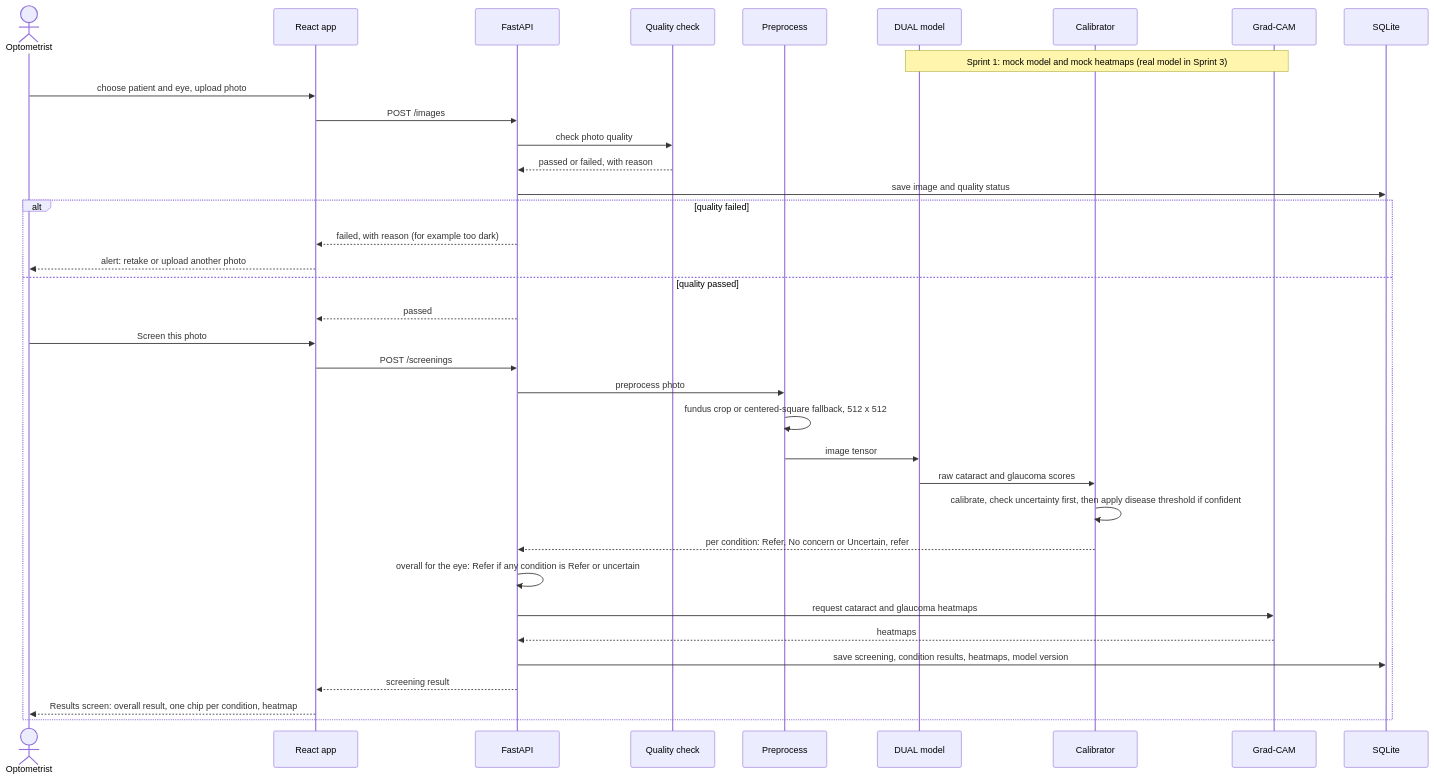
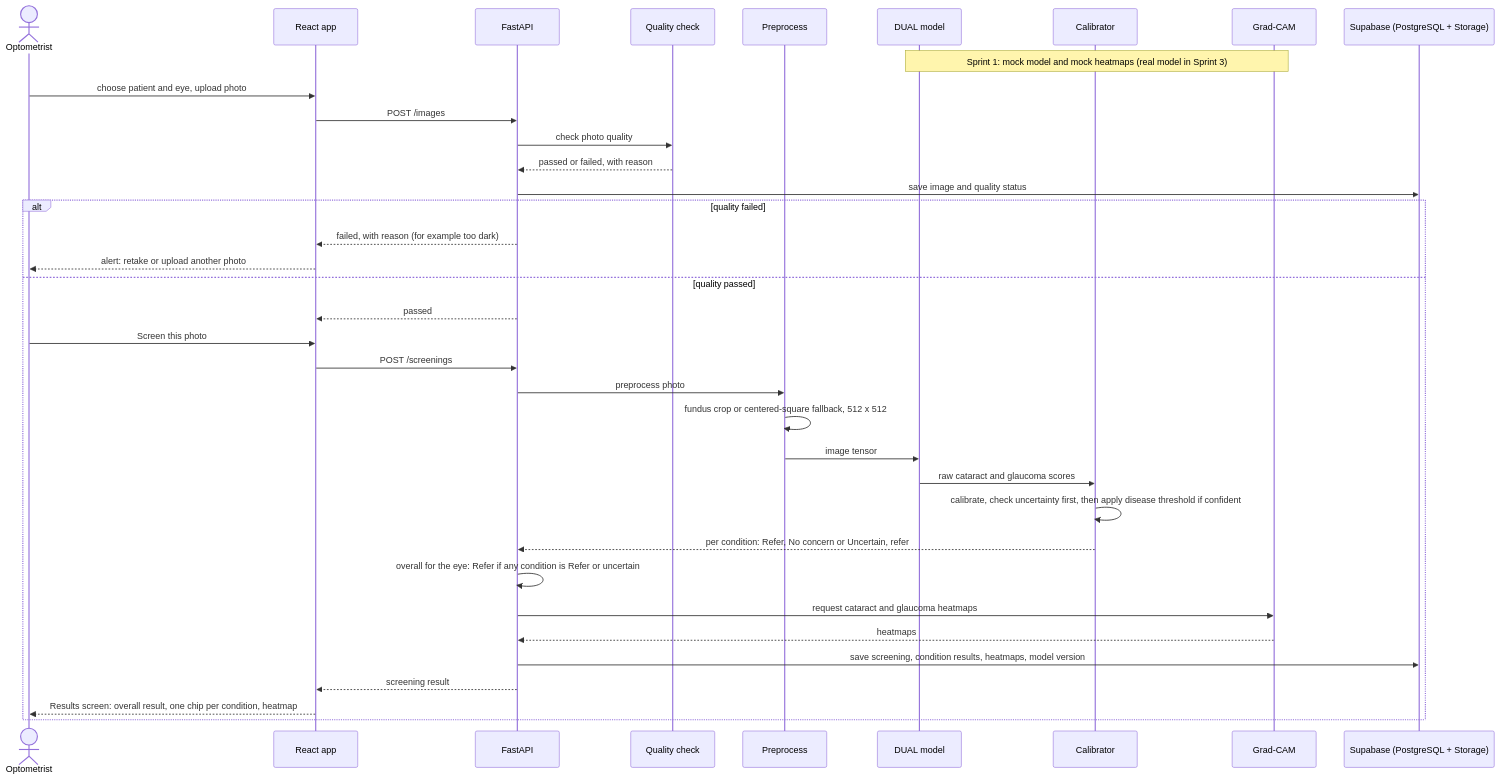
The diagram in documents/architecture_diagrams/Sequence_Diagram.mmd (bhoamikhona/F2026-Team1), drawn with Mermaid before and after one commit. The commit also changed 3 other files, not shown here.

Commit message:
Update architecture and sequence diagrams: Supabase, Vercel and Render

```diff
--- a/documents/architecture_diagrams/Sequence_Diagram.mmd
+++ b/documents/architecture_diagrams/Sequence_Diagram.mmd
@@ -1,36 +1,36 @@
 sequenceDiagram
   actor U as Optometrist
   participant App as React app
   participant API as FastAPI
   participant Q as Quality check
   participant P as Preprocess
   participant M as DUAL model
   participant C as Calibrator
   participant G as Grad-CAM
-  participant DB as SQLite
+  participant DB as Supabase (PostgreSQL + Storage)
   Note over M,G: Sprint 1: mock model and mock heatmaps (real model in Sprint 3)
   U->>App: choose patient and eye, upload photo
   App->>API: POST /images
   API->>Q: check photo quality
   Q-->>API: passed or failed, with reason
   API->>DB: save image and quality status
   alt quality failed
     API-->>App: failed, with reason (for example too dark)
     App-->>U: alert: retake or upload another photo
   else quality passed
     API-->>App: passed
     U->>App: Screen this photo
     App->>API: POST /screenings
     API->>P: preprocess photo
     P->>P: fundus crop or centered-square fallback, 512 x 512
     P->>M: image tensor
     M->>C: raw cataract and glaucoma scores
     C->>C: calibrate, check uncertainty first, then apply disease threshold if confident
     C-->>API: per condition: Refer, No concern or Uncertain, refer
     API->>API: overall for the eye: Refer if any condition is Refer or uncertain
     API->>G: request cataract and glaucoma heatmaps
     G-->>API: heatmaps
     API->>DB: save screening, condition results, heatmaps, model version
     API-->>App: screening result
     App-->>U: Results screen: overall result, one chip per condition, heatmap
   end
```
